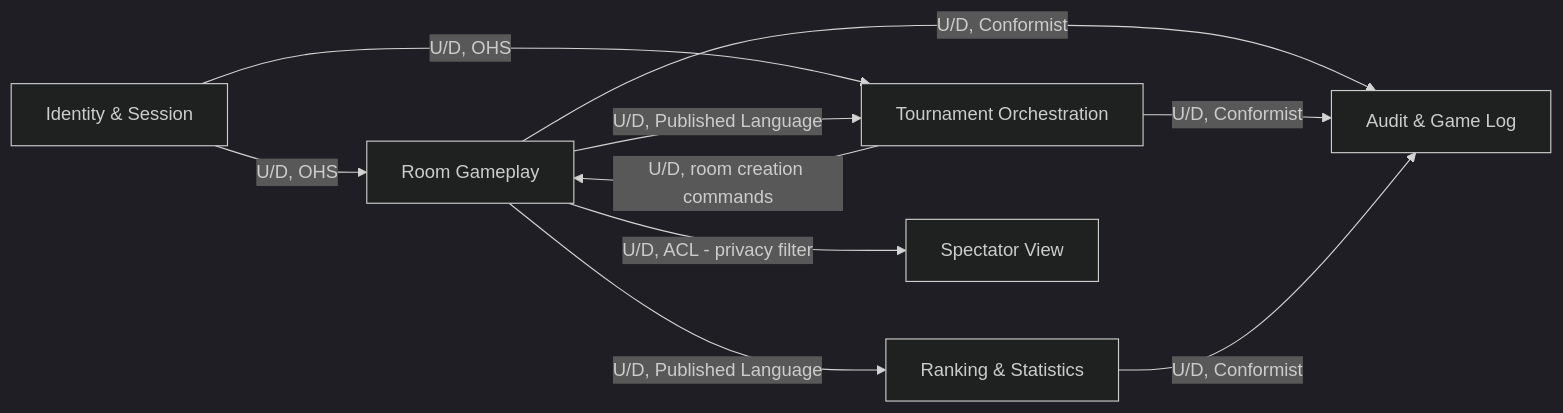
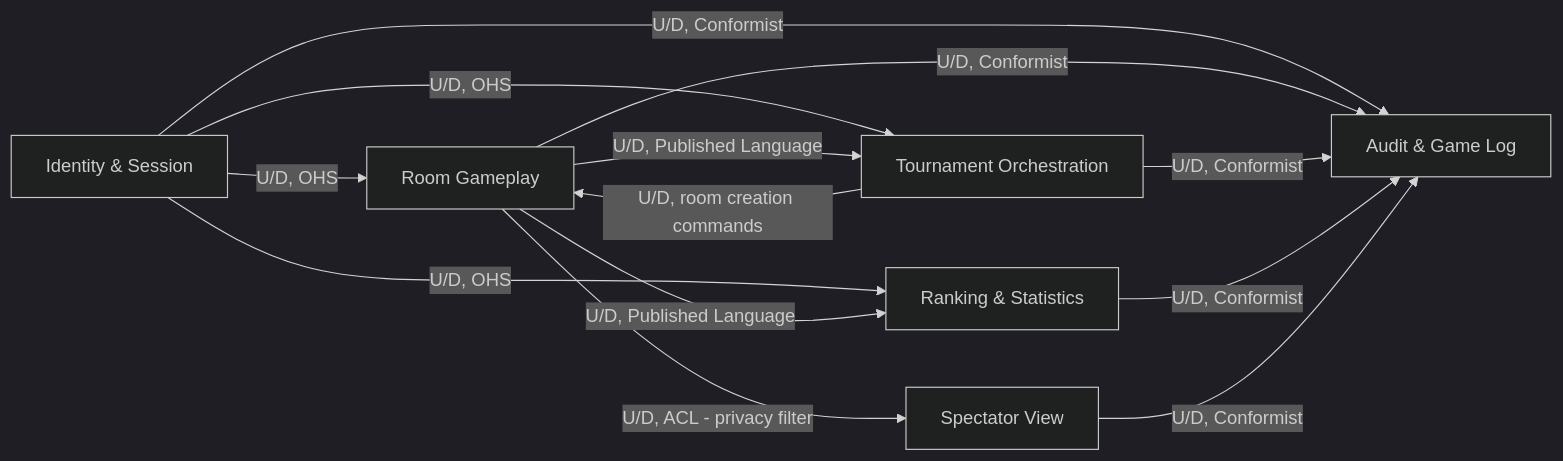
The diagram in spec/diagrams/context-map.md (berni-245/UnoArena), drawn with Mermaid (dark theme) before and after one commit. The commit also changed 16 other files, not shown here.

Commit message:
fix: reviewed and implemented the docs and diagrams files

````diff
--- a/spec/diagrams/context-map.md
+++ b/spec/diagrams/context-map.md
@@ -3,22 +3,26 @@
 ```mermaid
 graph LR
     ID["Identity & Session"]
     RG["Room Gameplay"]
     TO["Tournament Orchestration"]
     RS["Ranking & Statistics"]
     SV["Spectator View"]
     AL["Audit & Game Log"]
 
     ID -->|"U/D, OHS"| RG
     ID -->|"U/D, OHS"| TO
+    ID -->|"U/D, OHS"| RS
+    ID -->|"U/D, Conformist"| AL
 
     RG -->|"U/D, Published Language"| TO
     RG -->|"U/D, Published Language"| RS
     RG -->|"U/D, ACL - privacy filter"| SV
     RG -->|"U/D, Conformist"| AL
 
     TO -->|"U/D, room creation commands"| RG
     TO -->|"U/D, Conformist"| AL
 
     RS -->|"U/D, Conformist"| AL
+
+    SV -->|"U/D, Conformist"| AL
 ```
````
